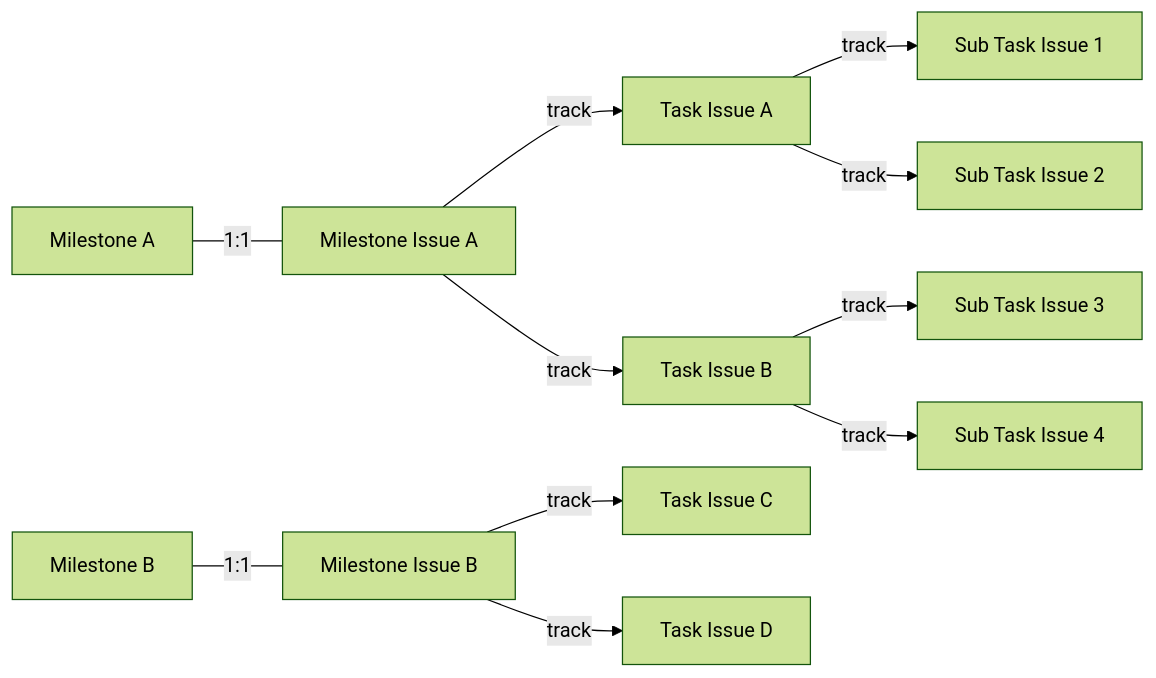
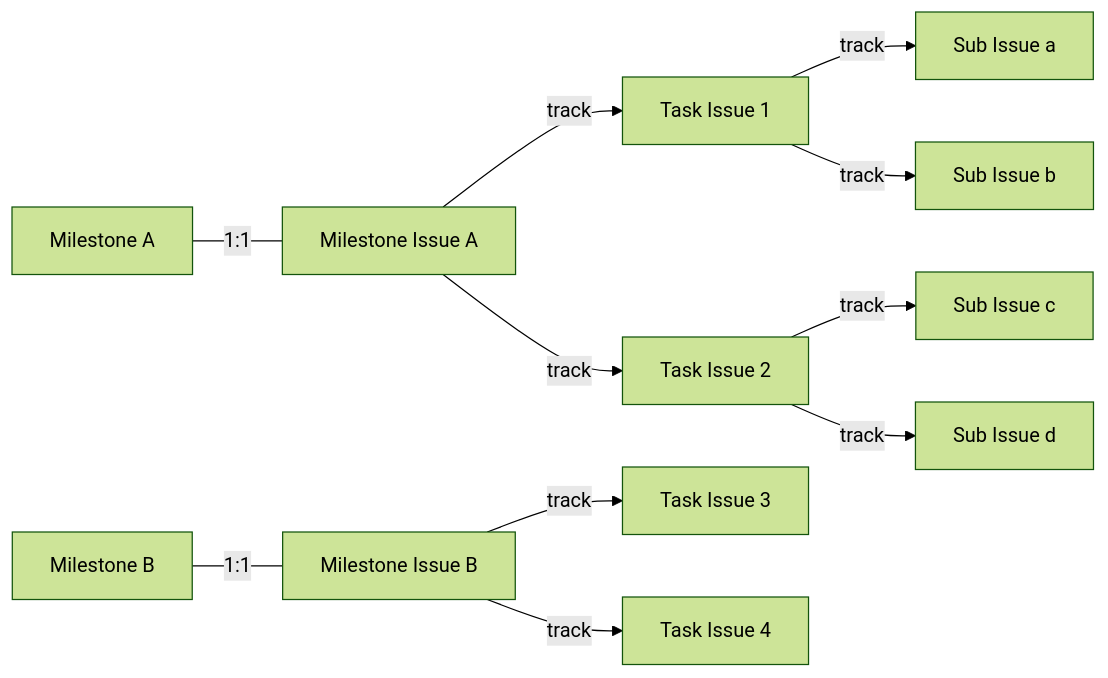
One commit to a24k/pablof changed the diagram in README.md. Above: the diagram before and after it, drawn with Mermaid (forest theme). The commit also changed other lines of this file and 4 other files, not shown here.

````diff
--- a/README.md
+++ b/README.md
@@ -40,35 +53,35 @@
 ```mermaid
 flowchart LR
   ma[Milestone A]
   mia[Milestone Issue A]
 
   ma -- 1:1 --- mia
 
   mb[Milestone B]
   mib[Milestone Issue B]
 
   mb -- 1:1 --- mib
 
-  tia[Task Issue A]
-  sti1[Sub Task Issue 1]
-  sti2[Sub Task Issue 2]
+  ti1[Task Issue 1]
+  sia[Sub Issue a]
+  sib[Sub Issue b]
 
-  tib[Task Issue B]
-  sti3[Sub Task Issue 3]
-  sti4[Sub Task Issue 4]
+  ti2[Task Issue 2]
+  sic[Sub Issue c]
+  sid[Sub Issue d]
 
-  tic[Task Issue C]
+  ti3[Task Issue 3]
 
-  tid[Task Issue D]
+  ti4[Task Issue 4]
 
-  mia -- track --> tia
-  tia -- track --> sti1
-  tia -- track --> sti2
+  mia -- track --> ti1
+  ti1 -- track --> sia
+  ti1 -- track --> sib
 
-  mia -- track --> tib
-  tib -- track --> sti3
-  tib -- track --> sti4
+  mia -- track --> ti2
+  ti2 -- track --> sic
+  ti2 -- track --> sid
 
-  mib -- track --> tic
-  mib -- track --> tid
+  mib -- track --> ti3
+  mib -- track --> ti4
 ```
````
